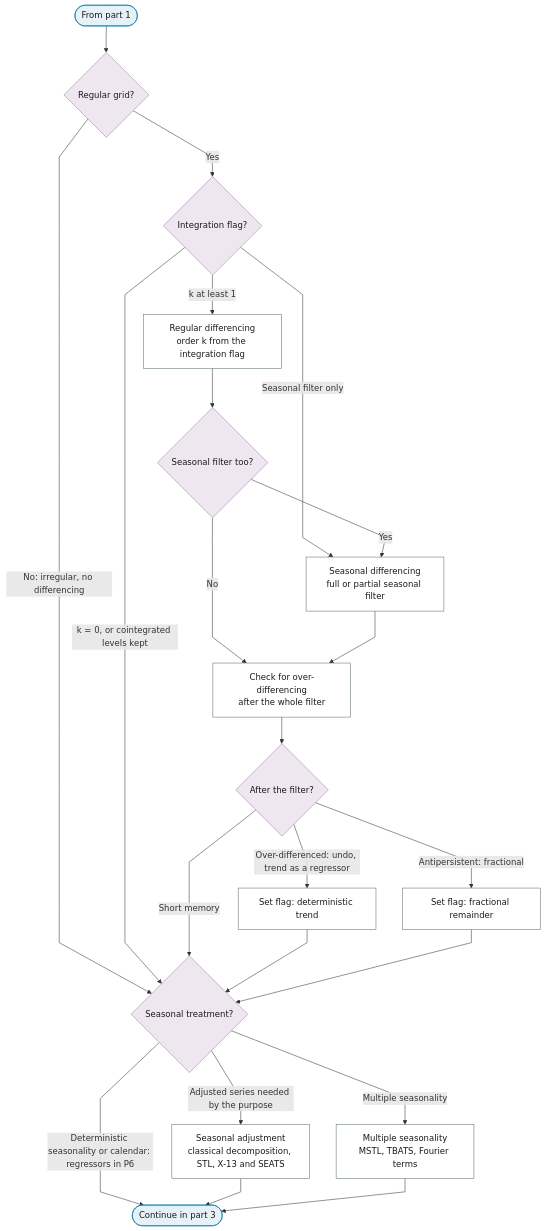
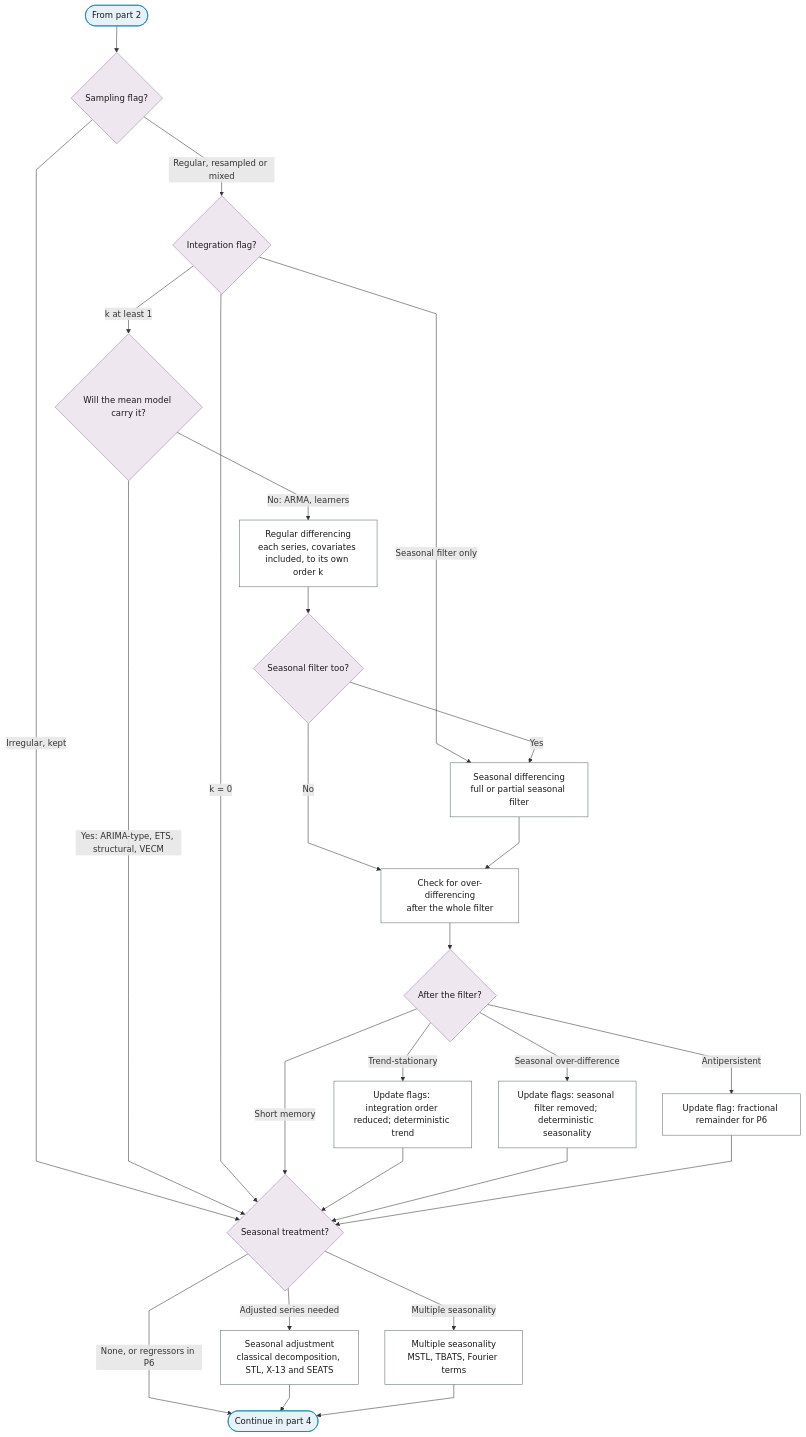
One commit to Shuxin-Y/time-series-analysis-manual changed the third of 6 diagrams in docs/01-workflow/p04-transformations.md. Above: the diagram before and after it, drawn with Mermaid. The commit also changed other lines of this file and 6 other files, not shown here.

First line of the commit message:
fix(p3,p4): purpose- and class-aware treatment of levels and integration

````diff
--- a/docs/01-workflow/p04-transformations.md
+++ b/docs/01-workflow/p04-transformations.md
@@ -52,34 +81,37 @@
 ```mermaid
 %%{init: {"flowchart": {"curve": "linear"}}}%%
 graph TD
-    P4_PART_2_IN(["From part 1"]) --> P4_GRID{"Regular grid?"}
-    P4_GRID -->|"No: irregular, no differencing"| P4_SEASON
-    P4_GRID -->|"Yes"| P4_INTEGRATION{"Integration flag?"}
-    P4_INTEGRATION -->|"k at least 1"| P4_DIFFERENCE["Regular differencing<br/>order k from the integration flag"]
+    P4_PART_3_IN(["From part 2"]) --> P4_GRID{"Sampling flag?"}
+    P4_GRID -->|"Irregular, kept"| P4_SEASON
+    P4_GRID -->|"Regular, resampled or mixed"| P4_INTEGRATION{"Integration flag?"}
+    P4_INTEGRATION -->|"k at least 1"| P4_CLASS{"Will the mean model carry it?"}
+    P4_CLASS -->|"No: ARMA, learners"| P4_DIFFERENCE["Regular differencing<br/>each series, covariates included, to its own order k"]
+    P4_CLASS -->|"Yes: ARIMA-type, ETS, structural, VECM"| P4_SEASON
     P4_INTEGRATION -->|"Seasonal filter only"| P4_SEASONAL_DIFFERENCE
-    P4_INTEGRATION -->|"k = 0, or cointegrated levels kept"| P4_SEASON
+    P4_INTEGRATION -->|"k = 0"| P4_SEASON
     P4_DIFFERENCE --> P4_SEASONAL_FILTER{"Seasonal filter too?"}
     P4_SEASONAL_FILTER -->|"Yes"| P4_SEASONAL_DIFFERENCE["Seasonal differencing<br/>full or partial seasonal filter"]
     P4_SEASONAL_FILTER -->|"No"| P4_OVERDIFFERENCING
     P4_SEASONAL_DIFFERENCE --> P4_OVERDIFFERENCING["Check for over-differencing<br/>after the whole filter"]
     P4_OVERDIFFERENCING --> P4_DIFF_VERDICT{"After the filter?"}
     P4_DIFF_VERDICT -->|"Short memory"| P4_SEASON
-    P4_DIFF_VERDICT -->|"Over-differenced: undo, trend as a regressor"| P4_TREND_FLAG["Set flag: deterministic trend"]
-    P4_DIFF_VERDICT -->|"Antipersistent: fractional"| P4_FRACTIONAL_FLAG["Set flag: fractional remainder"]
-    P4_TREND_FLAG & P4_FRACTIONAL_FLAG --> P4_SEASON{"Seasonal treatment?"}
-    P4_SEASON -->|"Deterministic seasonality or calendar: regressors in P6"| P4_PART_2_OUT(["Continue in part 3"])
-    P4_SEASON -->|"Adjusted series needed by the purpose"| P4_SEASONAL_ADJUSTMENT["Seasonal adjustment<br/>classical decomposition, STL, X-13 and SEATS"]
+    P4_DIFF_VERDICT -->|"Trend-stationary"| P4_TREND_FLAG["Update flags: integration order reduced; deterministic trend"]
+    P4_DIFF_VERDICT -->|"Seasonal over-difference"| P4_SEASON_FLAG["Update flags: seasonal filter removed; deterministic seasonality"]
+    P4_DIFF_VERDICT -->|"Antipersistent"| P4_FRACTIONAL_FLAG["Update flag: fractional remainder for P6"]
+    P4_TREND_FLAG & P4_SEASON_FLAG & P4_FRACTIONAL_FLAG --> P4_SEASON{"Seasonal treatment?"}
+    P4_SEASON -->|"None, or regressors in P6"| P4_PART_3_OUT(["Continue in part 4"])
+    P4_SEASON -->|"Adjusted series needed"| P4_SEASONAL_ADJUSTMENT["Seasonal adjustment<br/>classical decomposition, STL, X-13 and SEATS"]
     P4_SEASON -->|"Multiple seasonality"| P4_MULTIPLE_SEASONALITY["Multiple seasonality<br/>MSTL, TBATS, Fourier terms"]
-    P4_SEASONAL_ADJUSTMENT & P4_MULTIPLE_SEASONALITY --> P4_PART_2_OUT
-    class P4_PART_2_IN,P4_PART_2_OUT terminator
-    class P4_GRID,P4_INTEGRATION,P4_SEASONAL_FILTER,P4_DIFF_VERDICT,P4_SEASON decision
-    class P4_DIFFERENCE,P4_SEASONAL_DIFFERENCE,P4_OVERDIFFERENCING,P4_TREND_FLAG,P4_FRACTIONAL_FLAG,P4_SEASONAL_ADJUSTMENT,P4_MULTIPLE_SEASONALITY process
+    P4_SEASONAL_ADJUSTMENT & P4_MULTIPLE_SEASONALITY --> P4_PART_3_OUT
+    class P4_PART_3_IN,P4_PART_3_OUT terminator
+    class P4_GRID,P4_INTEGRATION,P4_CLASS,P4_SEASONAL_FILTER,P4_DIFF_VERDICT,P4_SEASON decision
+    class P4_DIFFERENCE,P4_SEASONAL_DIFFERENCE,P4_OVERDIFFERENCING,P4_TREND_FLAG,P4_SEASON_FLAG,P4_FRACTIONAL_FLAG,P4_SEASONAL_ADJUSTMENT,P4_MULTIPLE_SEASONALITY process
     classDef terminator fill:#E6F2F7,stroke:#007BA7,color:#1A1A1A;
     classDef process fill:#FFFFFF,stroke:#5A6B73,color:#1A1A1A;
     classDef decision fill:#EFE7F0,stroke:#9B7FA7,color:#1A1A1A;
     classDef data fill:#FFF4E0,stroke:#C9A55E,color:#1A1A1A;
     classDef good fill:#DCEFD8,stroke:#4A7A3F,color:#1A1A1A;
     classDef escalate fill:#FFE9C2,stroke:#C9A55E,color:#1A1A1A;
     classDef problem fill:#F2D9DE,stroke:#800020,color:#1A1A1A;
     classDef ref fill:#F7F7F7,stroke:#5A6B73,color:#1A1A1A,stroke-dasharray:4 3;
 ```
````
